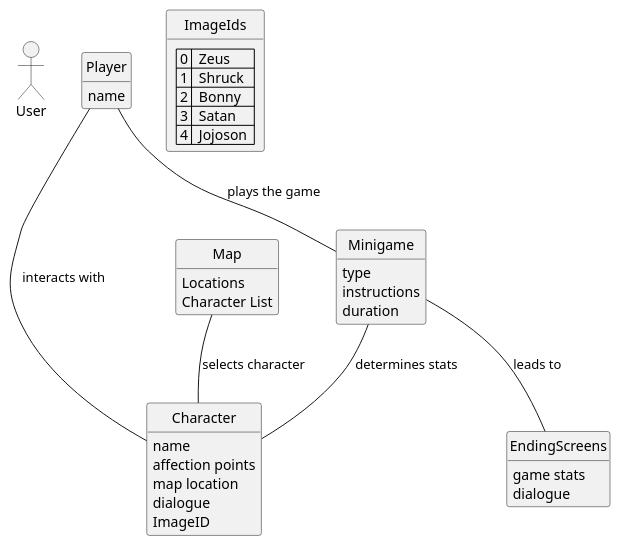
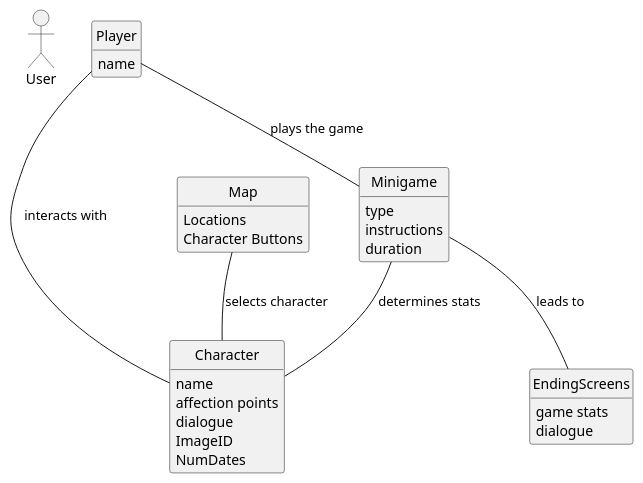
The first of 2 diagrams in intellij/doc/design.md (rsanlop/Untitled-Dating-Sim), drawn with PlantUML before and after one commit. The commit also changed other lines of this file and 8 other files, not shown here.

````diff
--- a/intellij/doc/design.md
+++ b/intellij/doc/design.md
@@ -1,53 +1,46 @@
 ```plantuml
 
 allow_mixing
 hide circle
 hide empty methods
 hide footbox
 actor "User" as user 
 
     class Player {
     name
     }
     class Map{
     Locations
-    Character List
+    Character Buttons
     }
     
     class Character{
     name
     affection points 
-    map location
     dialogue
     ImageID
+    NumDates
     }
     
     class Minigame{
     type
     instructions
     duration
     }
     
     class EndingScreens{
     game stats
     dialogue
     }
-    
-    class ImageIds{
-    | 0 |  Zeus  |
-    | 1 |  Shruck  |
-    | 2 |  Bonny  |
-    | 3 |  Satan  |
-    | 4 |  Jojoson  |
-    }
+   
     
     Player -- Character : interacts with \t\t
     Player -- Minigame : plays the game
     Minigame -- Character :determines stats\t\t
     Minigame -- EndingScreens : leads to
     Map -- Character : selects character \t\t
     
    
 
 
 ```
````
